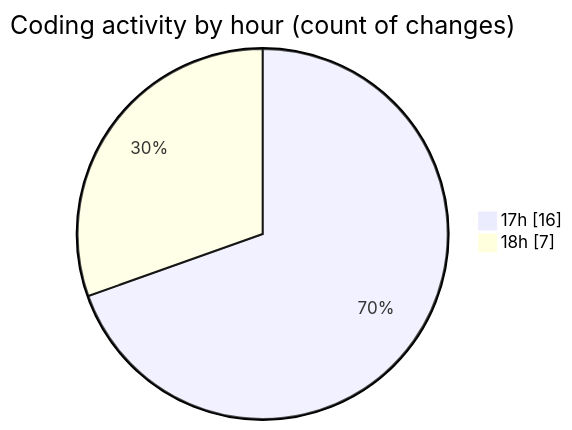
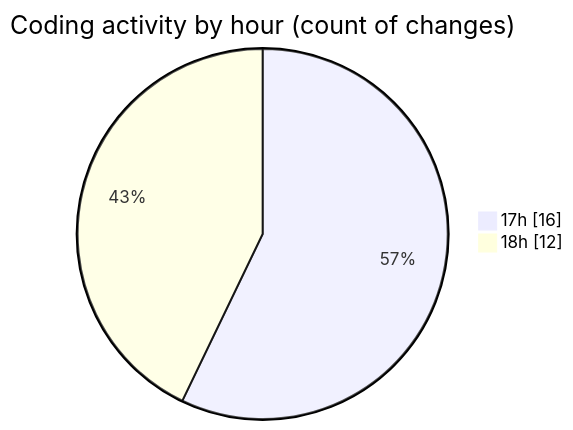
Before and after one commit to robertbonfada/code-tracking: the second of 2 diagrams in 2025-02-28/audiobooks-web/README.md, drawn with Mermaid. The commit also changed other lines of this file and 1 other file, not shown here.

````diff
--- a/2025-02-28/audiobooks-web/README.md
+++ b/2025-02-28/audiobooks-web/README.md
@@ -37,6 +39,6 @@
 ```mermaid
 pie showData
 title Coding activity by hour (count of changes)
 "17h" : 16
-"18h" : 7
+"18h" : 12
 ```
````
